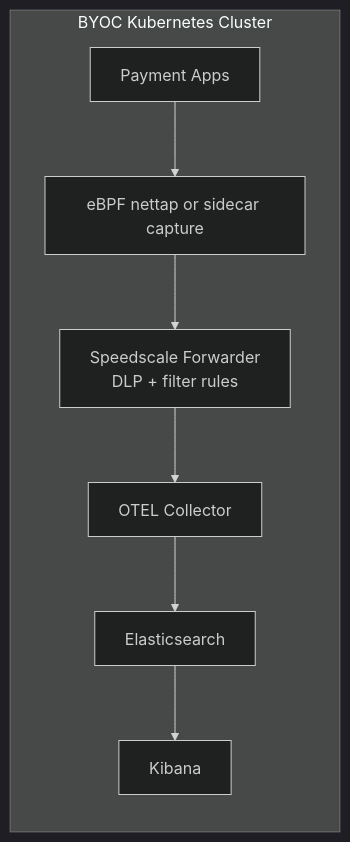
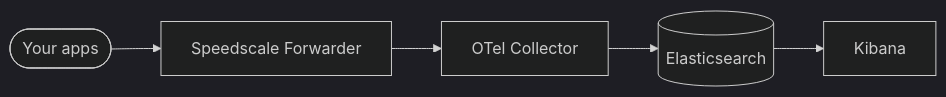
The first of 2 diagrams in reference-architectures/elasticsearch/README.md (speedscale/demo), drawn with Mermaid (dark theme) before and after one commit. The commit also changed other lines of this file and 15 other files, not shown here.

First line of the commit message:
feat(elasticsearch): validate scenario end-to-end + convert to Helm chart (#153)

````diff
--- a/reference-architectures/elasticsearch/README.md
+++ b/reference-architectures/elasticsearch/README.md
@@ -7,13 +11,7 @@
 ```mermaid
 flowchart LR
-  subgraph K8s[BYOC Kubernetes Cluster]
-    Apps[Payment Apps]
-    Cap[eBPF nettap or sidecar capture]
-    Fwd[Speedscale Forwarder\nDLP + filter rules]
-    OTel[OTEL Collector]
-    ES[Elasticsearch]
-    Kibana[Kibana]
-  end
-
-  Apps --> Cap --> Fwd --> OTel --> ES --> Kibana
+    apps([Your apps]) --> fwd[Speedscale Forwarder]
+    fwd --> col[OTel Collector]
+    col --> es[(Elasticsearch)]
+    es --> kibana[Kibana]
 ```
````
